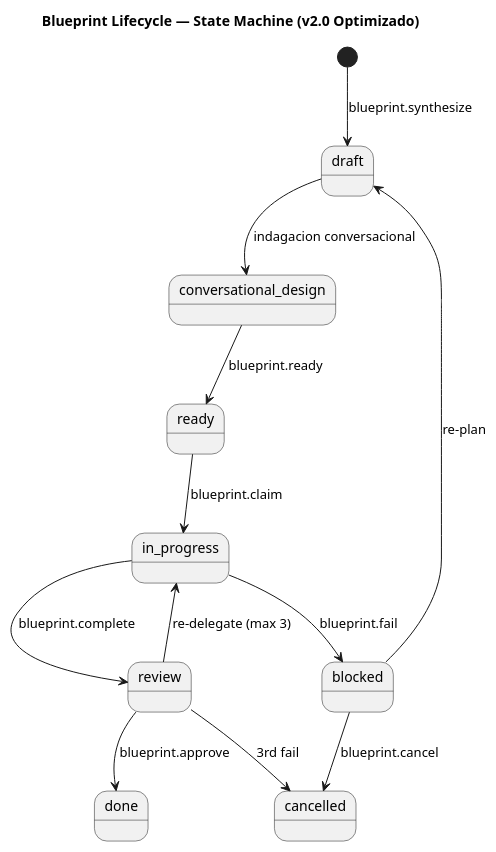
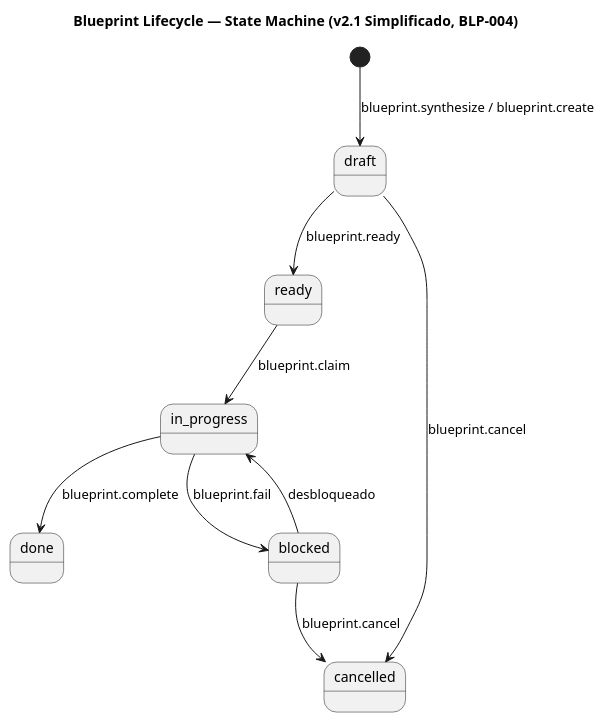
The first of 2 diagrams in .arqux/skills/workflows/w08-blueprint-lifecycle.md (FidelErnesto03/arqux), drawn with PlantUML before and after one commit. The commit also changed other lines of this file and 48 other files, not shown here.

```diff
--- a/.arqux/skills/workflows/w08-blueprint-lifecycle.md
+++ b/.arqux/skills/workflows/w08-blueprint-lifecycle.md
@@ -26,24 +26,19 @@
 @startuml
-title Blueprint Lifecycle — State Machine (v2.0 Optimizado)
+title Blueprint Lifecycle — State Machine (v2.1 Simplificado, BLP-004)
 
 state "draft" as D
-state "conversational_design" as CD
 state "ready" as R
 state "in_progress" as IP
-state "review" as RV
 state "done" as DN
 state "blocked" as B
 state "cancelled" as CN
 
-[*] --> D : blueprint.synthesize
-D --> CD : indagacion conversacional
-CD --> R : blueprint.ready
+[*] --> D : blueprint.synthesize / blueprint.create
+D --> R : blueprint.ready
 R --> IP : blueprint.claim
-IP --> RV : blueprint.complete
+IP --> DN : blueprint.complete
 IP --> B : blueprint.fail
-B --> D : re-plan
+B --> IP : desbloqueado
 B --> CN : blueprint.cancel
-RV --> DN : blueprint.approve
-RV --> IP : re-delegate (max 3)
-RV --> CN : 3rd fail
+D --> CN : blueprint.cancel
 @enduml
```
